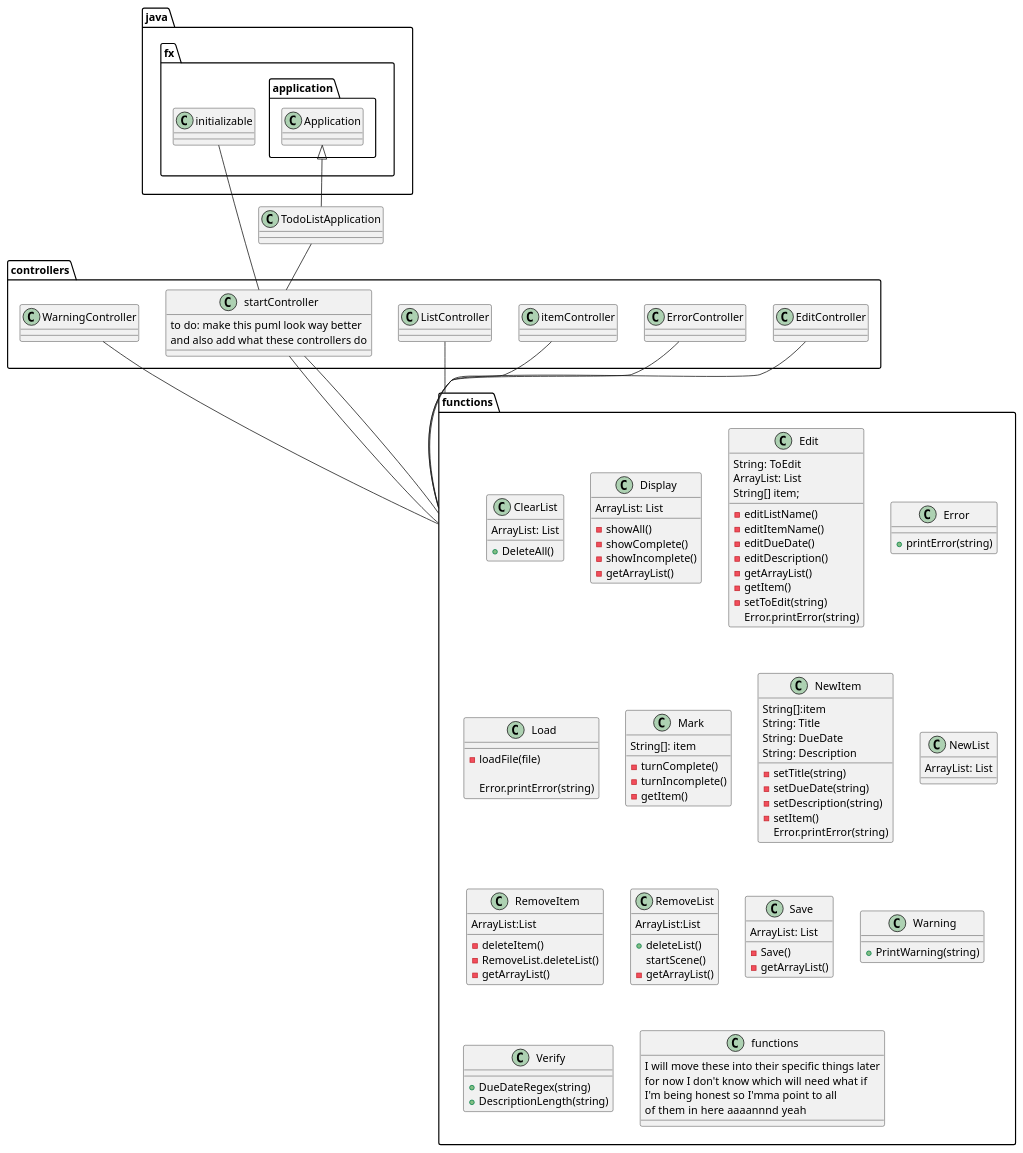
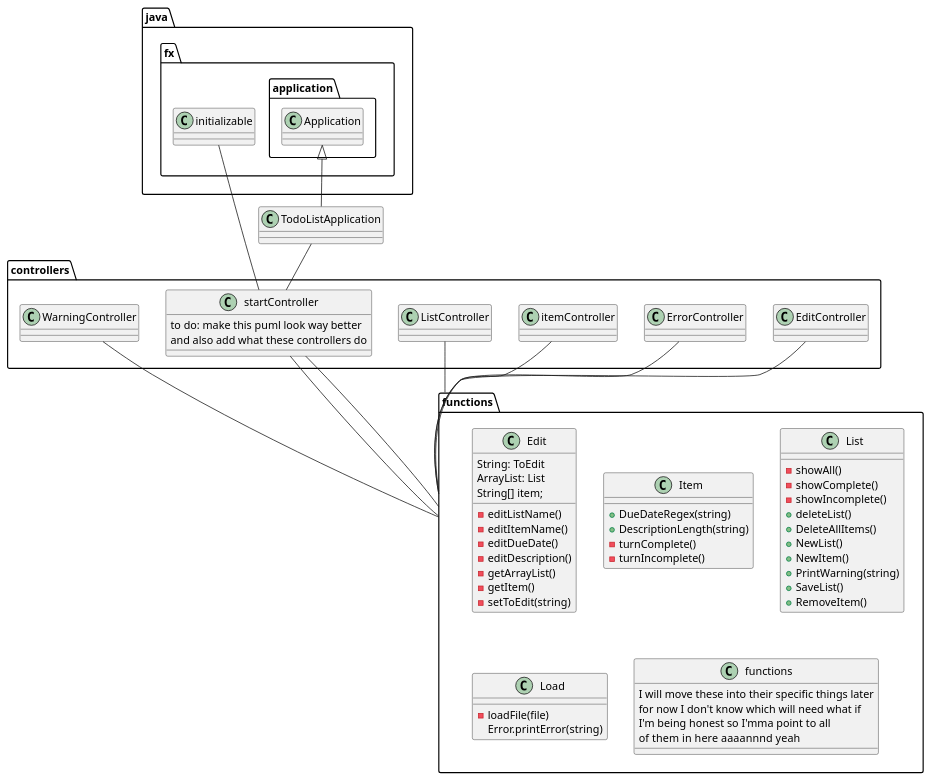
One commit to Tomatoats/Veloz-app1-impl changed the diagram in docs/Application.puml. Above: the diagram before and after it, drawn with PlantUML. The commit also changed 16 other files, not shown here.

```diff
--- a/docs/Application.puml
+++ b/docs/Application.puml
@@ -1,111 +1,72 @@
 @startuml
 
 package controllers{
 
 class EditController {}
 class ErrorController {}
 class itemController {}
 class ListController {}
 class startController {
 to do: make this puml look way better
 and also add what these controllers do
 }
 class WarningController {}
 }
 package functions {
-    class ClearList{
-    ArrayList: List
-    +DeleteAll()
-    }
-    class Display {
-    ArrayList: List
-    -showAll()
-    -showComplete()
-    -showIncomplete()
-    -getArrayList()
-    }
     class Edit {
     String: ToEdit
     ArrayList: List
     String[] item;
     -editListName()
     -editItemName()
     -editDueDate()
     -editDescription()
     -getArrayList()
     -getItem()
     -setToEdit(string)
+    }
+
+    class Item{
+    +DueDateRegex(string)
+    +DescriptionLength(string)
+    -turnComplete()
+    -turnIncomplete()
+    }
+
+    class List {
+    -showAll()
+    -showComplete()
+    -showIncomplete()
+    +deleteList()
+    +DeleteAllItems()
+    +NewList()
+    +NewItem()
+    +PrintWarning(string)
+    +SaveList()
+    +RemoveItem()
+    }
+
+    class Load {
+    -loadFile(file)
     Error.printError(string)
     }
-    class Error {
-    +printError(string)
-    }
-    class Load {
-    -loadFile(file)
 
-    Error.printError(string)
-    }
-    class Mark {
-    String[]: item
-    -turnComplete()
-    -turnIncomplete()
-    -getItem()
-    }
-    class NewItem {
-    String[]:item
-    String: Title
-    String: DueDate
-    String: Description
-    -setTitle(string)
-    -setDueDate(string)
-    -setDescription(string)
-    -setItem()
-    Error.printError(string)
-    }
-    class NewList{
-
-    ArrayList: List
-    }
-    class RemoveItem{
-    ArrayList:List
-    -deleteItem()
-    -RemoveList.deleteList()
-    -getArrayList()
-    }
-    class RemoveList{
-    ArrayList:List
-    +deleteList()
-    startScene()
-    -getArrayList()
-    }
-    class Save{
-    ArrayList: List
-    -Save()
-    -getArrayList()
-    }
-    class Warning{
-    +PrintWarning(string)
-    }
-    class Verify {
-    +DueDateRegex(string)
-    +DescriptionLength(string)
-    }
     class functions {
     I will move these into their specific things later
     for now I don't know which will need what if
      I'm being honest so I'mma point to all
      of them in  here aaaannnd yeah
     }
 }
 java.fx.application.Application <|-- TodoListApplication
 TodoListApplication -- startController
 java.fx.initializable -- startController
 startController -- functions
 EditController -- functions
 ErrorController -- functions
 itemController -- functions
 ListController -- functions
 startController -- functions
 WarningController -- functions
 
 @enduml
```
